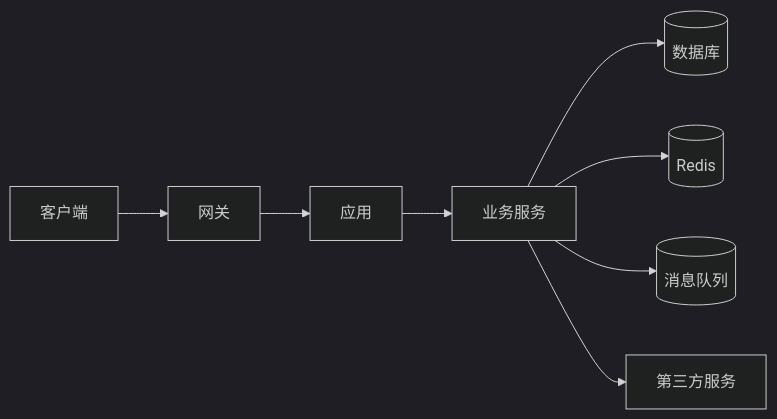
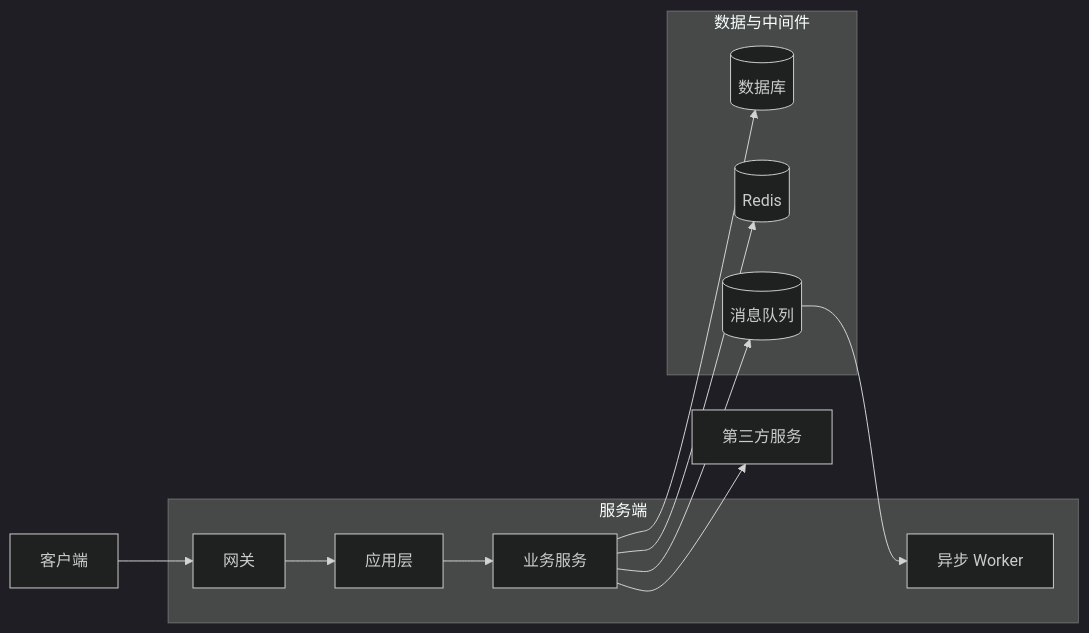
Before and after one commit to delong6/software-architecture-intelligence: the diagram in templates/architecture.mmd, drawn with Mermaid (dark theme). The commit also changed 20 other files, not shown here.

```diff
--- a/templates/architecture.mmd
+++ b/templates/architecture.mmd
@@ -1,17 +1,26 @@
 flowchart LR
     CLIENT[客户端]
-    GATEWAY[网关]
-    APP[应用]
-    SERVICE[业务服务]
-    DB[(数据库)]
-    REDIS[(Redis)]
-    MQ[(消息队列)]
+
+    subgraph SERVER[服务端]
+        GW[网关]
+        APP[应用层]
+        SVC[业务服务]
+        WORKER[异步 Worker]
+    end
+
+    subgraph DATA[数据与中间件]
+        DB[(数据库)]
+        REDIS[(Redis)]
+        MQ[(消息队列)]
+    end
+
     EXT[第三方服务]
 
-    CLIENT --> GATEWAY
-    GATEWAY --> APP
-    APP --> SERVICE
-    SERVICE --> DB
-    SERVICE --> REDIS
-    SERVICE --> MQ
-    SERVICE --> EXT
+    CLIENT --> GW
+    GW --> APP
+    APP --> SVC
+    SVC --> DB
+    SVC --> REDIS
+    SVC --> MQ
+    MQ --> WORKER
+    SVC --> EXT
```
